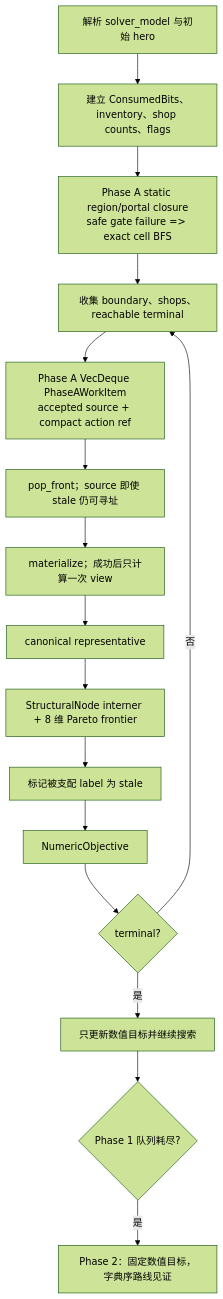
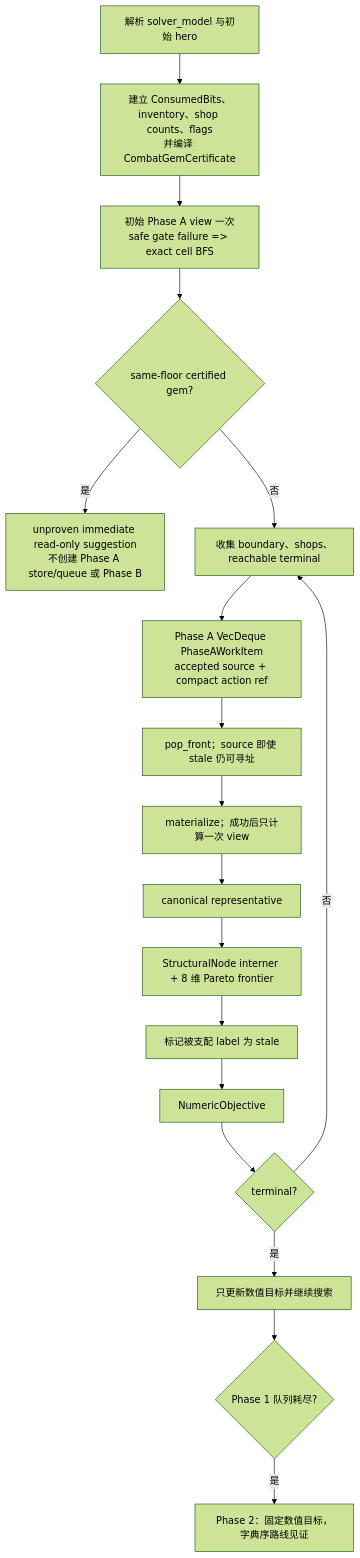
The second of 2 diagrams in games/mota-planning-lab/docs/current-solver-architecture.md (qingpu1996/userscripts), drawn with Mermaid (forest theme) before and after one commit. The commit also changed other lines of this file and 24 other files, not shown here.

Commit message:
test(mota): archive certified combat-gem policy evidence

````diff
--- a/games/mota-planning-lab/docs/current-solver-architecture.md
+++ b/games/mota-planning-lab/docs/current-solver-architecture.md
@@ -54,18 +54,20 @@
 ```mermaid
 flowchart TD
-  A[解析 solver_model 与初始 hero] --> B[建立 ConsumedBits、inventory、shop counts、flags]
-  B --> C[Phase A static region/portal closure\nsafe gate failure => exact cell BFS]
-  C --> D[收集 boundary、shops、reachable terminal]
-  D --> E[Phase A VecDeque PhaseAWorkItem\naccepted source + compact action ref]
-  E --> F[pop_front；source 即使 stale 仍可寻址]
-  F --> G[materialize；成功后只计算一次 view]
-  G --> H[canonical representative]
-  H --> I[StructuralNode interner + 8 维 Pareto frontier]
-  I --> J[标记被支配 label 为 stale]
-  J --> K[NumericObjective]
-  K --> L{terminal?}
-  L -- 否 --> D
-  L -- 是 --> M[只更新数值目标并继续搜索]
-  M --> N{Phase 1 队列耗尽?}
-  N -- 是 --> O[Phase 2：固定数值目标，字典序路线见证]
+  A[解析 solver_model 与初始 hero] --> B[建立 ConsumedBits、inventory、shop counts、flags\n并编译 CombatGemCertificate]
+  B --> C[初始 Phase A view 一次\nsafe gate failure => exact cell BFS]
+  C --> D{same-floor certified gem?}
+  D -- 是 --> Z[unproven immediate read-only suggestion\n不创建 Phase A store/queue 或 Phase B]
+  D -- 否 --> E[收集 boundary、shops、reachable terminal]
+  E --> F[Phase A VecDeque PhaseAWorkItem\naccepted source + compact action ref]
+  F --> G[pop_front；source 即使 stale 仍可寻址]
+  G --> H[materialize；成功后只计算一次 view]
+  H --> I[canonical representative]
+  I --> J[StructuralNode interner + 8 维 Pareto frontier]
+  J --> K[标记被支配 label 为 stale]
+  K --> L[NumericObjective]
+  L --> M{terminal?}
+  M -- 否 --> E
+  M -- 是 --> N[只更新数值目标并继续搜索]
+  N --> O{Phase 1 队列耗尽?}
+  O -- 是 --> P[Phase 2：固定数值目标，字典序路线见证]
 ```
````
